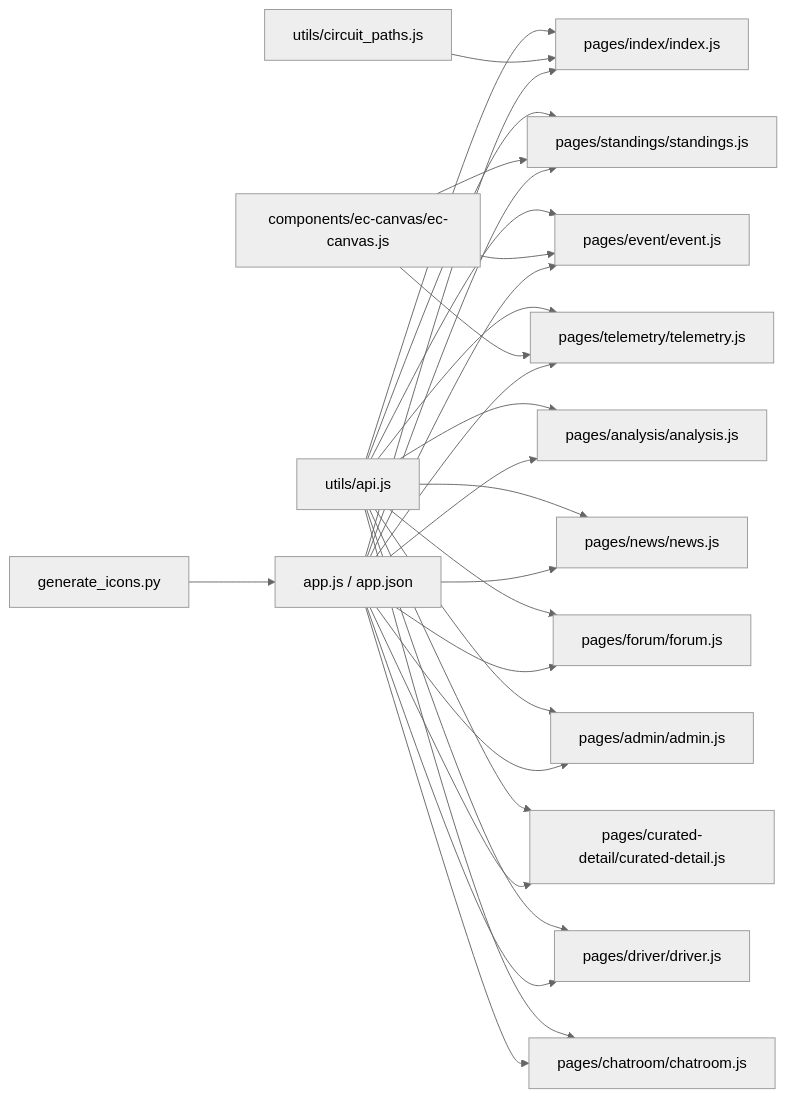
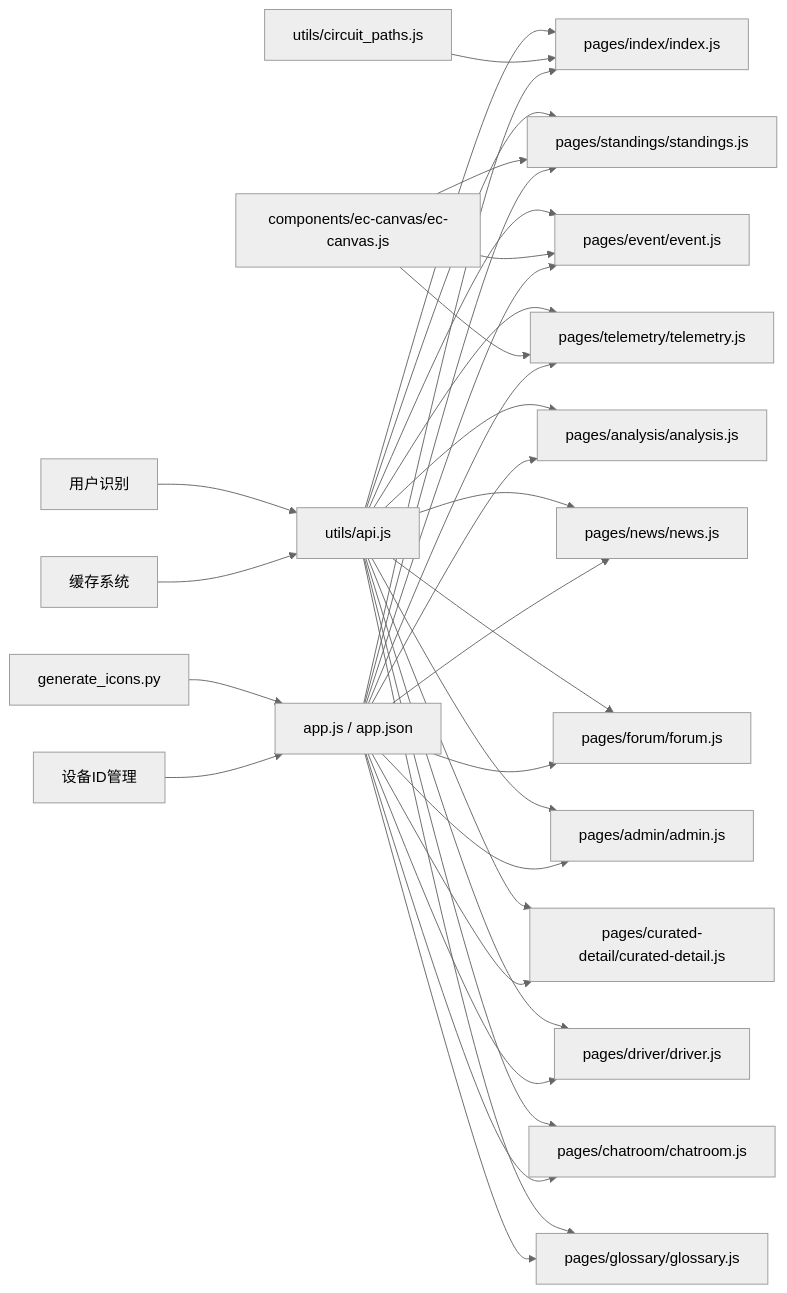
One commit to jianai0330/Fast-F1 changed diagram 20 of 20 in .qoder/repowiki/zh/content/微信小程序前端/微信小程序前端.md. Above: the diagram before and after it, drawn with Mermaid (neutral theme). The commit also changed other lines of this file and 3 other files, not shown here.

````diff
--- a/.qoder/repowiki/zh/content/微信小程序前端/微信小程序前端.md
+++ b/.qoder/repowiki/zh/content/微信小程序前端/微信小程序前端.md
@@ -705,30 +845,35 @@
 ```mermaid
 graph LR
 API["utils/api.js"] --> IDX["pages/index/index.js"]
 API --> STAND["pages/standings/standings.js"]
 API --> EVENT["pages/event/event.js"]
 API --> TEL["pages/telemetry/telemetry.js"]
 API --> ANA["pages/analysis/analysis.js"]
 API --> NEWS["pages/news/news.js"]
 API --> FORUM["pages/forum/forum.js"]
 API --> ADMIN["pages/admin/admin.js"]
 API --> CURATED["pages/curated-detail/curated-detail.js"]
 API --> DRIVER["pages/driver/driver.js"]
 API --> CHAT["pages/chatroom/chatroom.js"]
+API --> GLOSSARY["pages/glossary/glossary.js"]
 ECHARTS["components/ec-canvas/ec-canvas.js"] --> STAND
 ECHARTS --> TEL
 ECHARTS --> EVENT
 PATHS["utils/circuit_paths.js"] --> IDX
 APP["app.js / app.json"] --> IDX
 APP --> STAND
 APP --> EVENT
 APP --> TEL
 APP --> ANA
 APP --> NEWS
 APP --> FORUM
 APP --> ADMIN
 APP --> CURATED
 APP --> DRIVER
 APP --> CHAT
+APP --> GLOSSARY
 ICONS["generate_icons.py"] --> APP
+DEVICE["设备ID管理"] --> APP
+USER["用户识别"] --> API
+CACHE["缓存系统"] --> API
 ```
````
